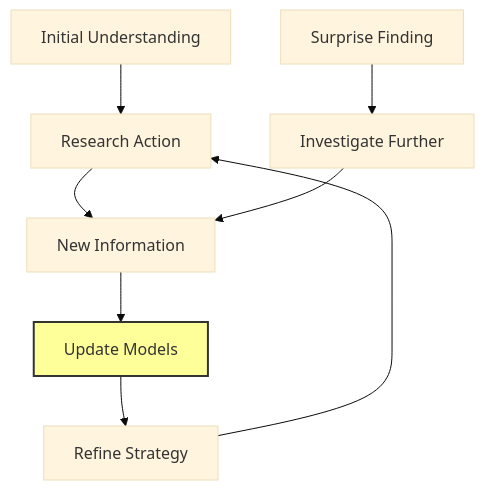
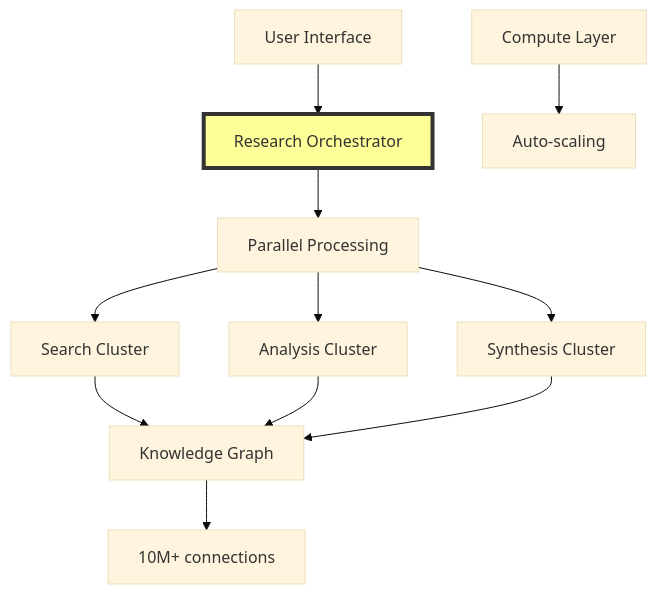
One commit to nikspatel007/workshop-agents changed the seventh of 7 diagrams in reading_materials/DEEP_RESEARCH_AGENT_THOUGHT_EXPERIMENT.md. Above: the diagram before and after it, drawn with Mermaid (base theme). The commit also changed other lines of this file, not shown here.

First line of the commit message:
Revise Deep Research Agent document for cohesion and clarity

````diff
--- a/reading_materials/DEEP_RESEARCH_AGENT_THOUGHT_EXPERIMENT.md
+++ b/reading_materials/DEEP_RESEARCH_AGENT_THOUGHT_EXPERIMENT.md
@@ -403,13 +201,18 @@
 ```mermaid
 graph TD
-    A[Initial Understanding] --> B[Research Action]
-    B --> C[New Information]
-    C --> D[Update Models]
-    D --> E[Refine Strategy]
-    E --> B
+    A[User Interface] --> B[Research Orchestrator]
+    B --> C[Parallel Processing]
     
-    F[Surprise Finding] --> G[Investigate Further]
-    G --> C
+    C --> D[Search Cluster]
+    C --> E[Analysis Cluster]
+    C --> F[Synthesis Cluster]
     
-    style D fill:#ff9,stroke:#333,stroke-width:2px
+    G[Knowledge Graph] --> H[10M+ connections]
+    I[Compute Layer] --> J[Auto-scaling]
+    
+    D --> G
+    E --> G
+    F --> G
+    
+    style B fill:#ff9,stroke:#333,stroke-width:4px
 ```
````
